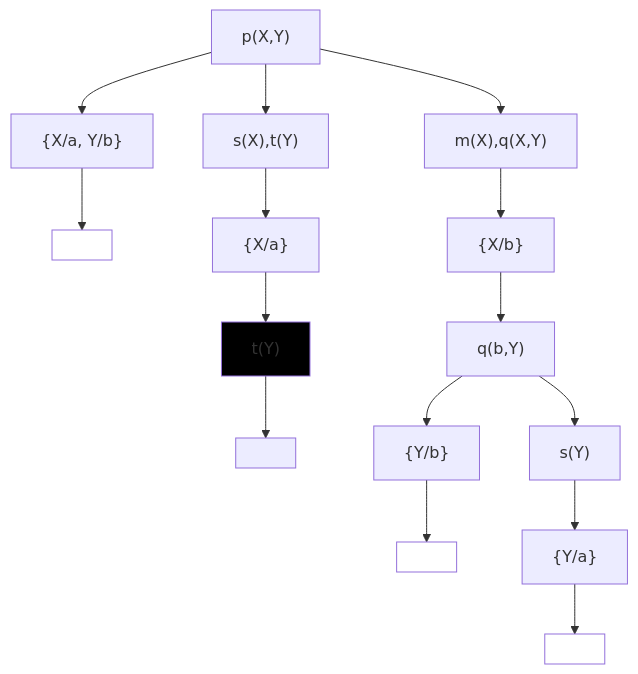
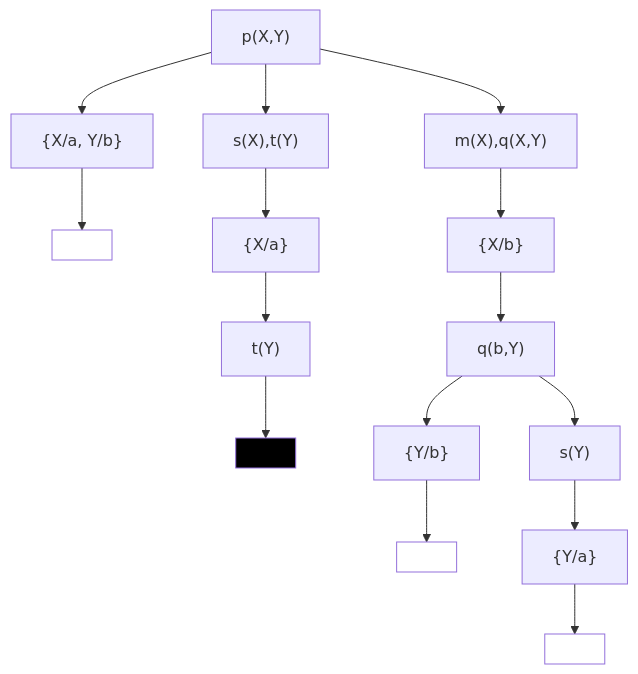
Before and after one commit to bosoninfo/Resource_AI-Prolog-Essential: the fifth of 5 diagrams in Chapter07/README.md, drawn with Mermaid.

````diff
--- a/Chapter07/README.md
+++ b/Chapter07/README.md
@@ -411,19 +411,19 @@
 ```mermaid
 flowchart TD
     A["p(X,Y)"] --> B["{X/a, Y/b}"] --> C[ ]
     C:::classwhite
     A --> D["s(X),t(Y)"]
     D --> E["{X/a}"]
     E --> F["t(Y)"] --> G[ ]
-    F:::classblack
+    G:::classblack
     A --> H["m(X),q(X,Y)"]
     H --> I["{X/b}"]
     I --> J["q(b,Y)"]
     J --> K["{Y/b}"] --> L[ ]
     L:::classwhite
     J --> M["s(Y)"]
     M --> N["{Y/a}"] --> O[ ]
     O:::classwhite
     classDef classwhite fill:#fff
     classDef classblack fill:#000
 ```
````
